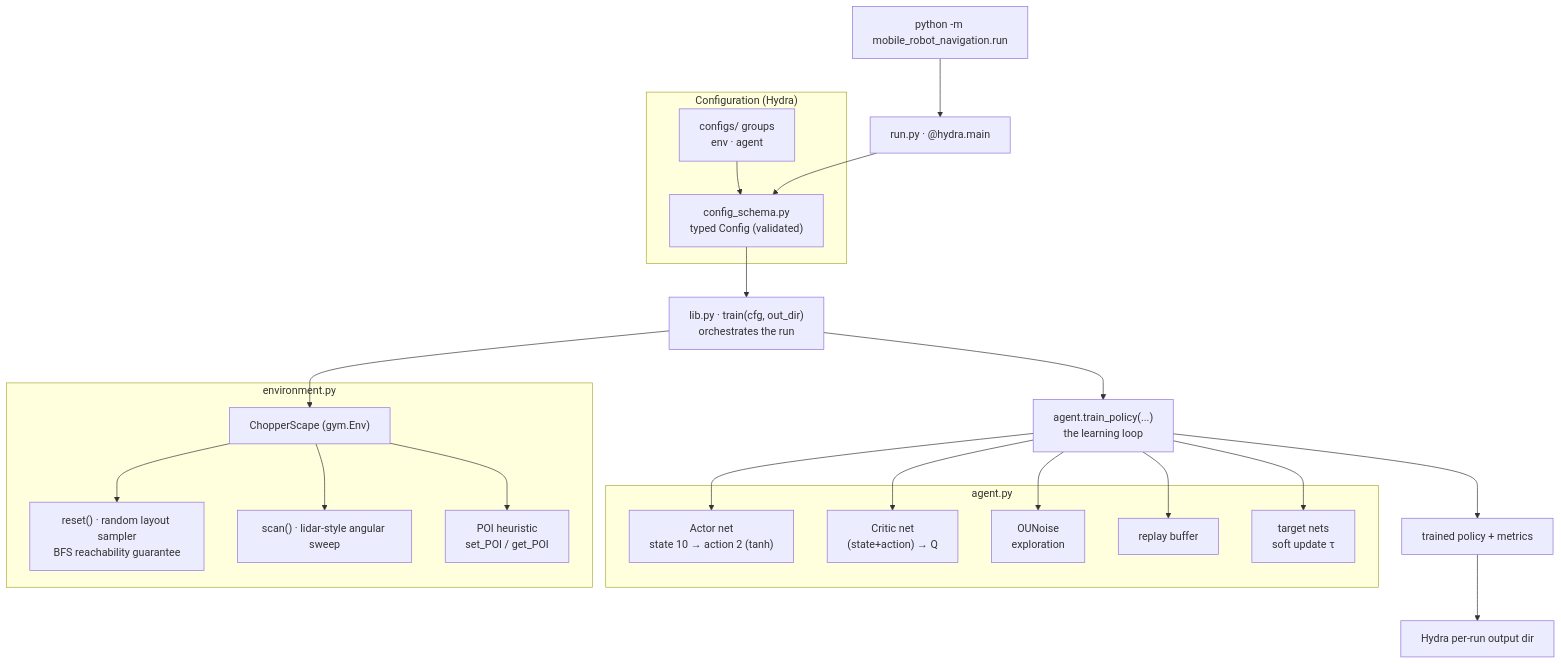
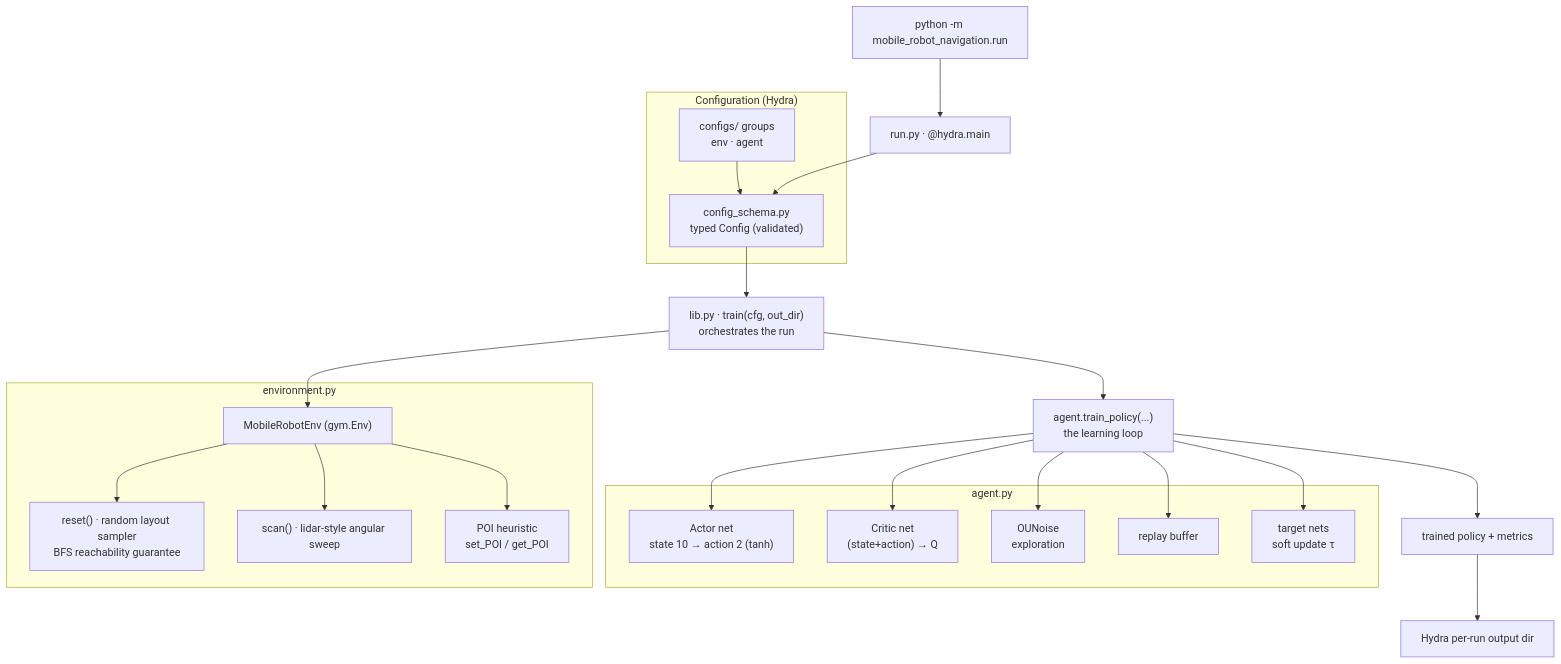
One commit to nikswir/mobile-robot-navigation changed the diagram in docs/architecture.md. Above: the diagram before and after it, drawn with Mermaid. The commit also changed other lines of this file and 17 other files, not shown here.

First line of the commit message:
refactor: rename ChopperScape/Chopper to MobileRobotEnv/Robot (#5)

````diff
--- a/docs/architecture.md
+++ b/docs/architecture.md
@@ -8,41 +8,41 @@
 ```mermaid
 graph TD
     CLI["python -m mobile_robot_navigation.run"] --> MAIN["run.py · @hydra.main"]
 
     subgraph Config["Configuration (Hydra)"]
         GROUPS["configs/ groups<br/>env · agent"]
         SCHEMA["config_schema.py<br/>typed Config (validated)"]
         GROUPS --> SCHEMA
     end
 
     MAIN --> SCHEMA
     SCHEMA --> TRAIN["lib.py · train(cfg, out_dir)<br/>orchestrates the run"]
 
     subgraph Env["environment.py"]
-        ENV["ChopperScape (gym.Env)"]
+        ENV["MobileRobotEnv (gym.Env)"]
         LAYOUT["reset() · random layout sampler<br/>BFS reachability guarantee"]
         SCAN["scan() · lidar-style angular sweep"]
         POI["POI heuristic<br/>set_POI / get_POI"]
         ENV --> LAYOUT
         ENV --> SCAN
         ENV --> POI
     end
 
     subgraph Agent["agent.py"]
         ACTOR["Actor net<br/>state 10 → action 2 (tanh)"]
         CRITIC["Critic net<br/>(state+action) → Q"]
         NOISE["OUNoise<br/>exploration"]
         BUFFER["replay buffer"]
         TARGETS["target nets<br/>soft update τ"]
     end
 
     TRAIN --> ENV
     TRAIN --> POLICY["agent.train_policy(...)<br/>the learning loop"]
     POLICY --> ACTOR
     POLICY --> CRITIC
     POLICY --> NOISE
     POLICY --> BUFFER
     POLICY --> TARGETS
     POLICY --> RESULT["trained policy + metrics"]
     RESULT --> OUT["Hydra per-run output dir"]
 ```
````
